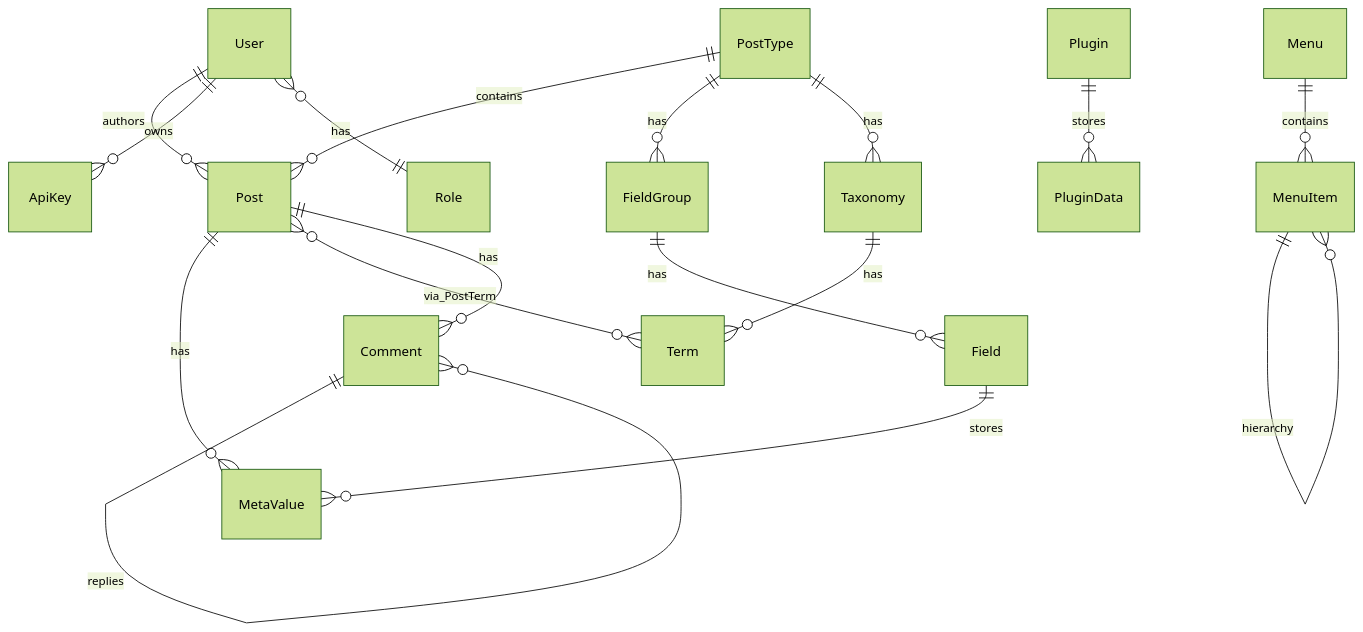
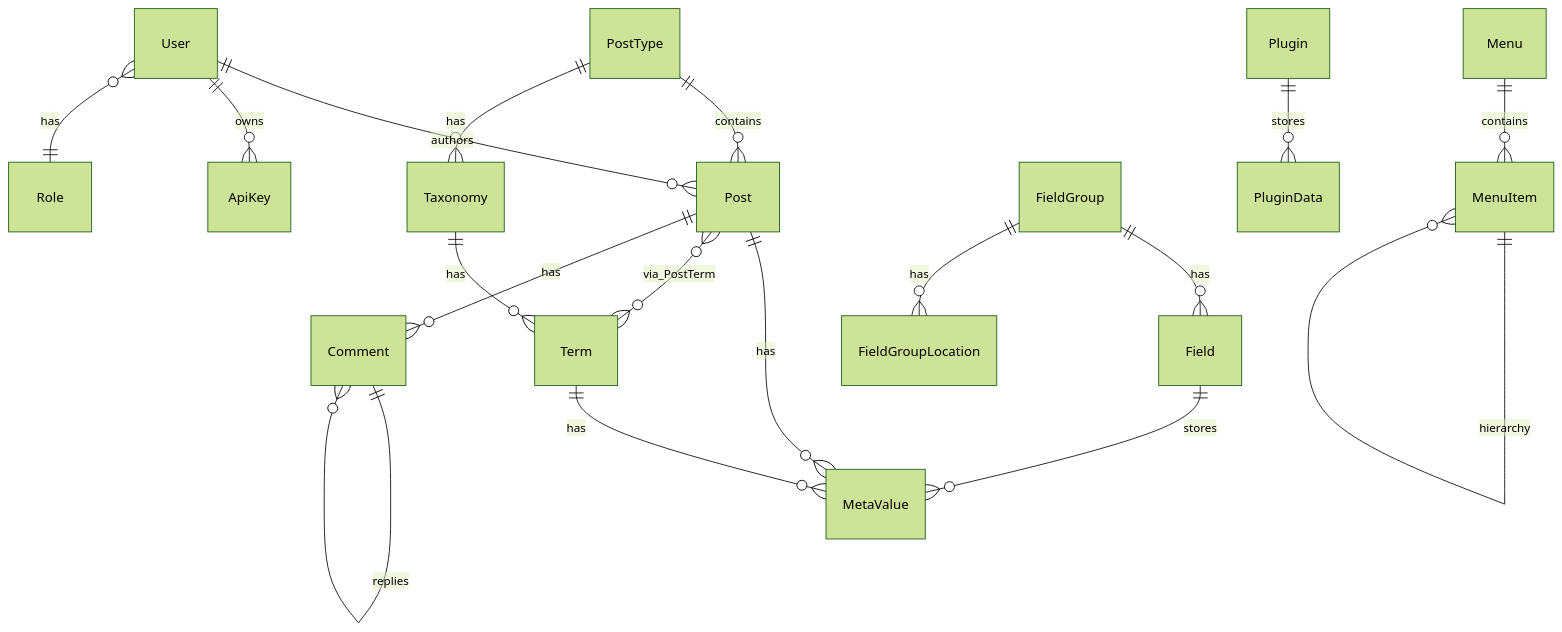
The diagram in specs/architecture/database-design.md (JudahAragao/blacklotuscms), drawn with Mermaid (forest theme) before and after one commit. The commit also changed other lines of this file and 17 other files, not shown here.

First line of the commit message:
feat: decouple FieldGroup from PostType (ACF-like location rules)

````diff
--- a/specs/architecture/database-design.md
+++ b/specs/architecture/database-design.md
@@ -12,19 +12,20 @@
 ```mermaid
 erDiagram
     User ||--o{ Post : authors
     User ||--o{ ApiKey : owns
     User }o--|| Role : has
     PostType ||--o{ Post : contains
-    PostType ||--o{ FieldGroup : has
     PostType ||--o{ Taxonomy : has
     FieldGroup ||--o{ Field : has
+    FieldGroup ||--o{ FieldGroupLocation : has
     Post ||--o{ MetaValue : has
+    Term ||--o{ MetaValue : has
     Field ||--o{ MetaValue : stores
     Taxonomy ||--o{ Term : has
     Post }o--o{ Term : via_PostTerm
     Post ||--o{ Comment : has
     Comment ||--o{ Comment : replies
     Plugin ||--o{ PluginData : stores
     Menu ||--o{ MenuItem : contains
     MenuItem ||--o{ MenuItem : hierarchy
 ```
````
